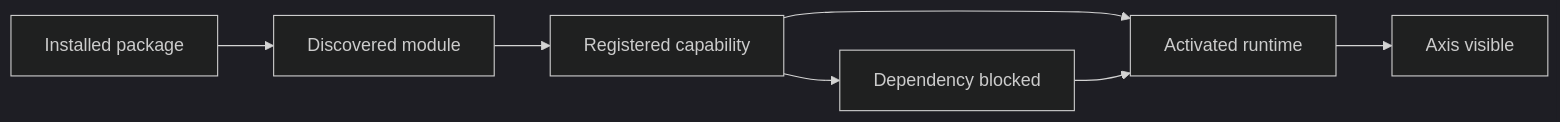
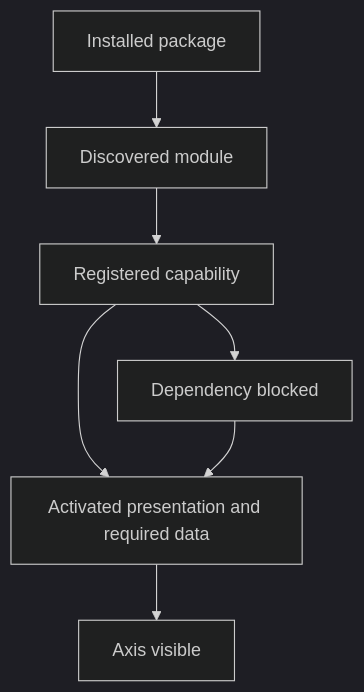
The first of 2 diagrams in nodics.docs/docs/pages/nodics.platform/module-registry-journey.md (Nodics/nodics.ai), drawn with Mermaid (dark theme) before and after one commit. The commit also changed other lines of this file and 649 other files, not shown here.

````diff
--- a/nodics.docs/docs/pages/nodics.platform/module-registry-journey.md
+++ b/nodics.docs/docs/pages/nodics.platform/module-registry-journey.md
@@ -22,9 +24,9 @@
 ```mermaid
-flowchart LR
+flowchart TD
   Installed["Installed package"] --> Discovered["Discovered module"]
   Discovered --> Registered["Registered capability"]
-  Registered --> Activated["Activated runtime"]
+  Registered --> Activated["Activated presentation and required data"]
   Activated --> Visible["Axis visible"]
   Registered --> Blocked["Dependency blocked"]
   Blocked --> Activated
 ```
````
